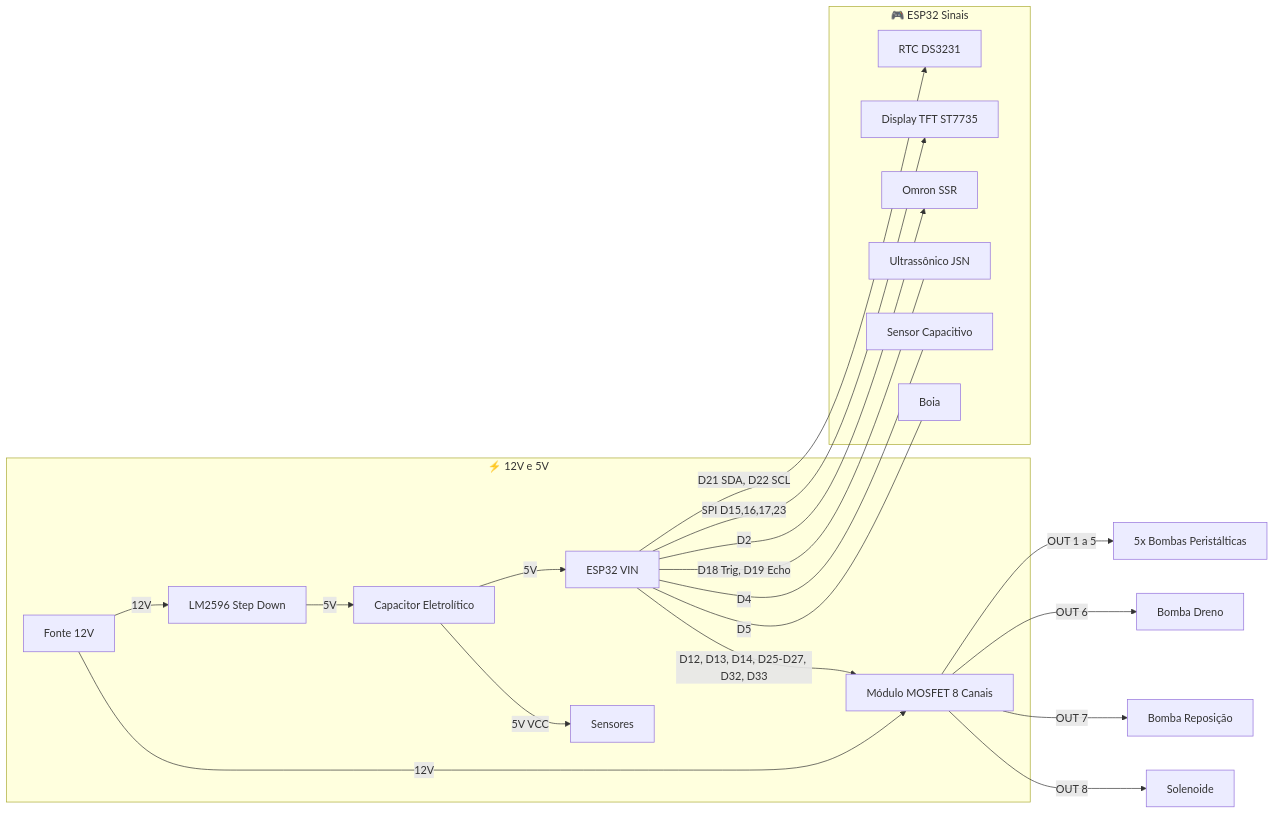
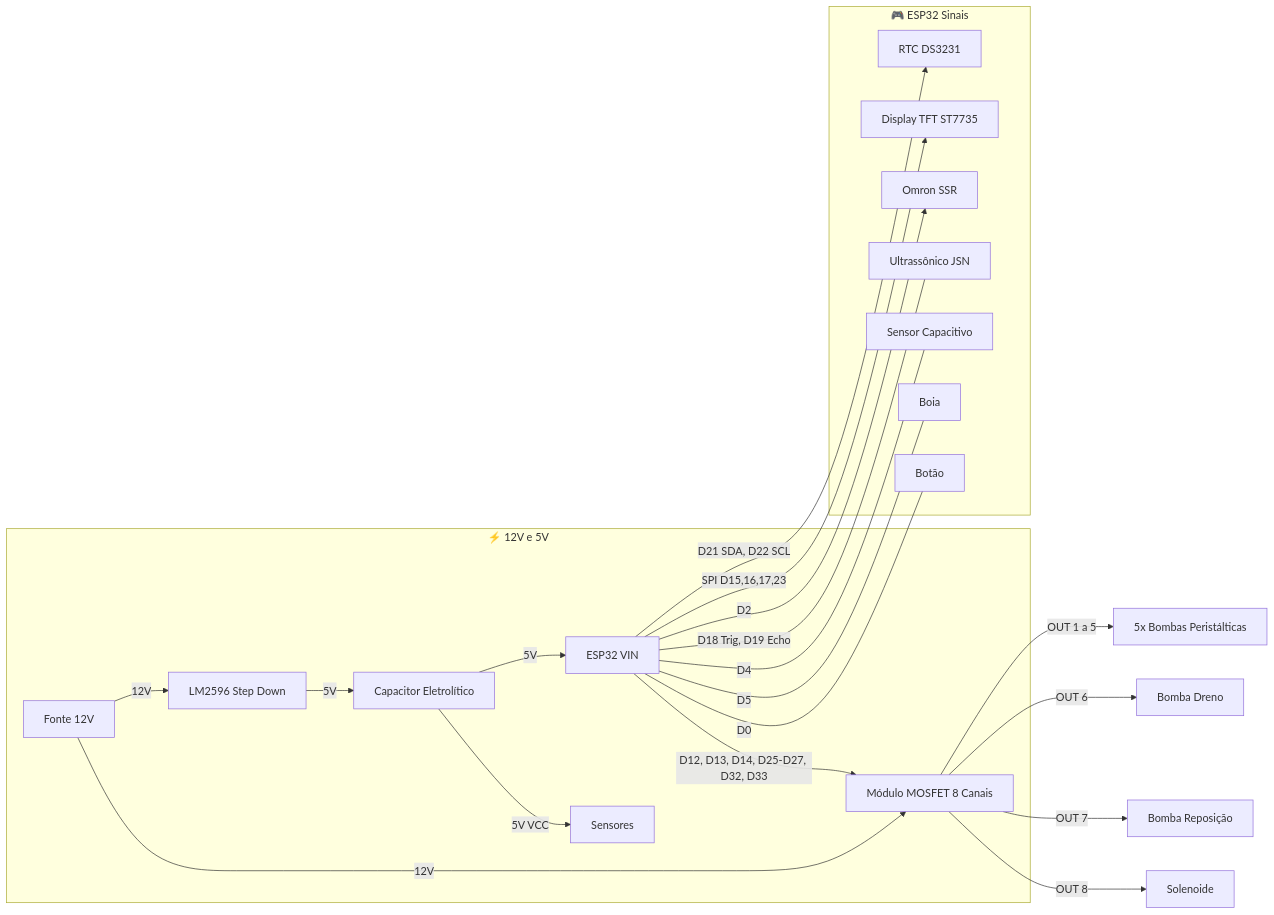
The second of 2 diagrams in README.pt-BR.md (PhilipeGatis/SATPAFERT), drawn with Mermaid before and after one commit. The commit also changed other lines of this file and 8 other files, not shown here.

````diff
--- a/README.pt-BR.md
+++ b/README.pt-BR.md
@@ -111,25 +111,26 @@
 ```mermaid
 graph LR
   subgraph Alimentacao [⚡ 12V e 5V]
     PSU[Fonte 12V] -->|12V| MOSFET[Módulo MOSFET 8 Canais]
     PSU -->|12V| LM2596[LM2596 Step Down]
     LM2596 -->|5V| Cap[Capacitor Eletrolítico]
     Cap -->|5V| ESP32[ESP32 VIN]
     Cap -->|5V VCC| SENS[Sensores]
   end
 
   subgraph Sinais [🎮 ESP32 Sinais]
     ESP32 -->|D21 SDA, D22 SCL| I2C[RTC DS3231]
     ESP32 -->|SPI D15,16,17,23| TFT[Display TFT ST7735]
     ESP32 -->|D12, D13, D14, D25-D27, D32, D33| MOSFET
     ESP32 -->|D2| SSR[Omron SSR]
     ESP32 ---|D18 Trig, D19 Echo| Ultra[Ultrassônico JSN]
     ESP32 ---|D4| Water[Sensor Capacitivo]
     ESP32 ---|D5| Float[Boia]
+    ESP32 ---|D0| Button[Botão]
   end
 
   MOSFET -->|OUT 1 a 5| Peristalticas[5x Bombas Peristálticas]
   MOSFET -->|OUT 6| Diaphragm[Bomba Dreno]
   MOSFET -->|OUT 7| WaterPump[Bomba Reposição]
   MOSFET -->|OUT 8| Solenoid[Solenoide]
 ```
````
